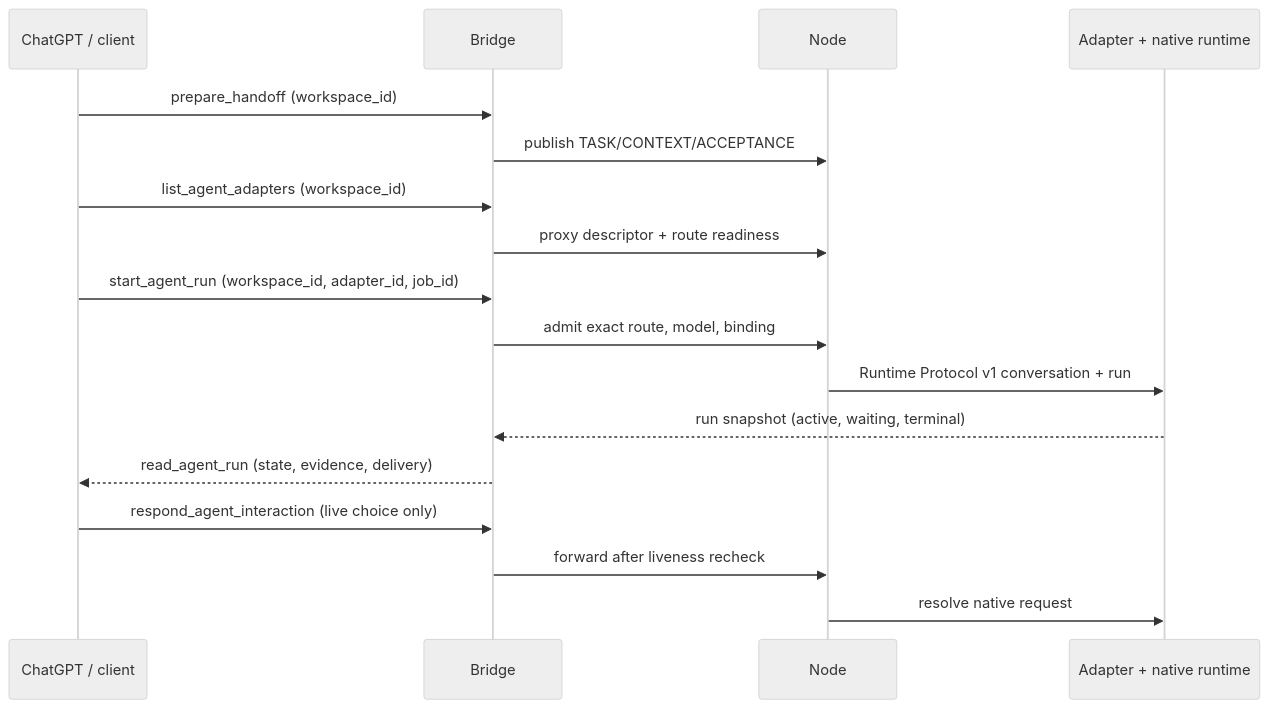
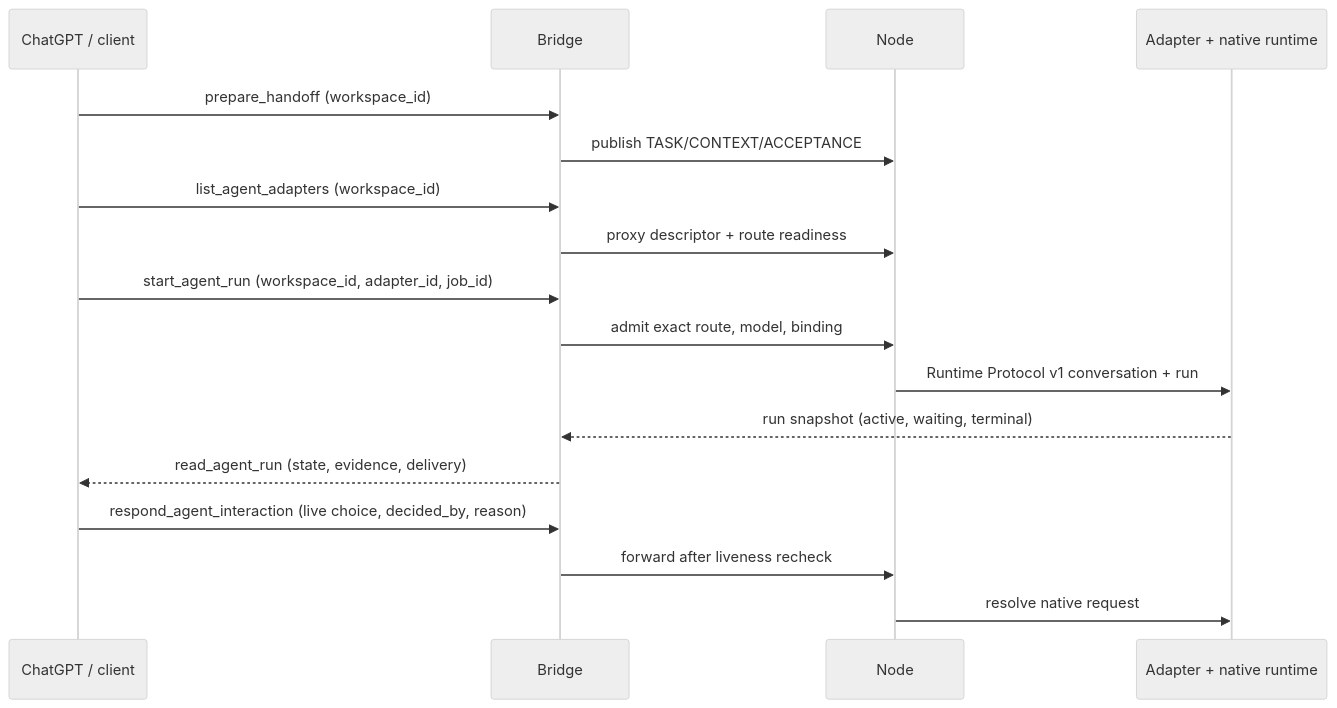
One commit to sheldonxxxx/workspace-bridge changed the fourth of 5 diagrams in docs/ARCHITECTURE.md. Above: the diagram before and after it, drawn with Mermaid (neutral theme). The commit also changed 28 other files, not shown here.

First line of the commit message:
feat!: relay approvals to ChatGPT only and record who decided

````diff
--- a/docs/ARCHITECTURE.md
+++ b/docs/ARCHITECTURE.md
@@ -182,19 +182,19 @@
 ```mermaid
 sequenceDiagram
     participant C as ChatGPT / client
     participant B as Bridge
     participant N as Node
     participant A as Adapter + native runtime
     C->>B: prepare_handoff (workspace_id)
     B->>N: publish TASK/CONTEXT/ACCEPTANCE
     C->>B: list_agent_adapters (workspace_id)
     B->>N: proxy descriptor + route readiness
     C->>B: start_agent_run (workspace_id, adapter_id, job_id)
     B->>N: admit exact route, model, binding
     N->>A: Runtime Protocol v1 conversation + run
     A-->>B: run snapshot (active, waiting, terminal)
     B-->>C: read_agent_run (state, evidence, delivery)
-    C->>B: respond_agent_interaction (live choice only)
+    C->>B: respond_agent_interaction (live choice, decided_by, reason)
     B->>N: forward after liveness recheck
     N->>A: resolve native request
 ```
````
